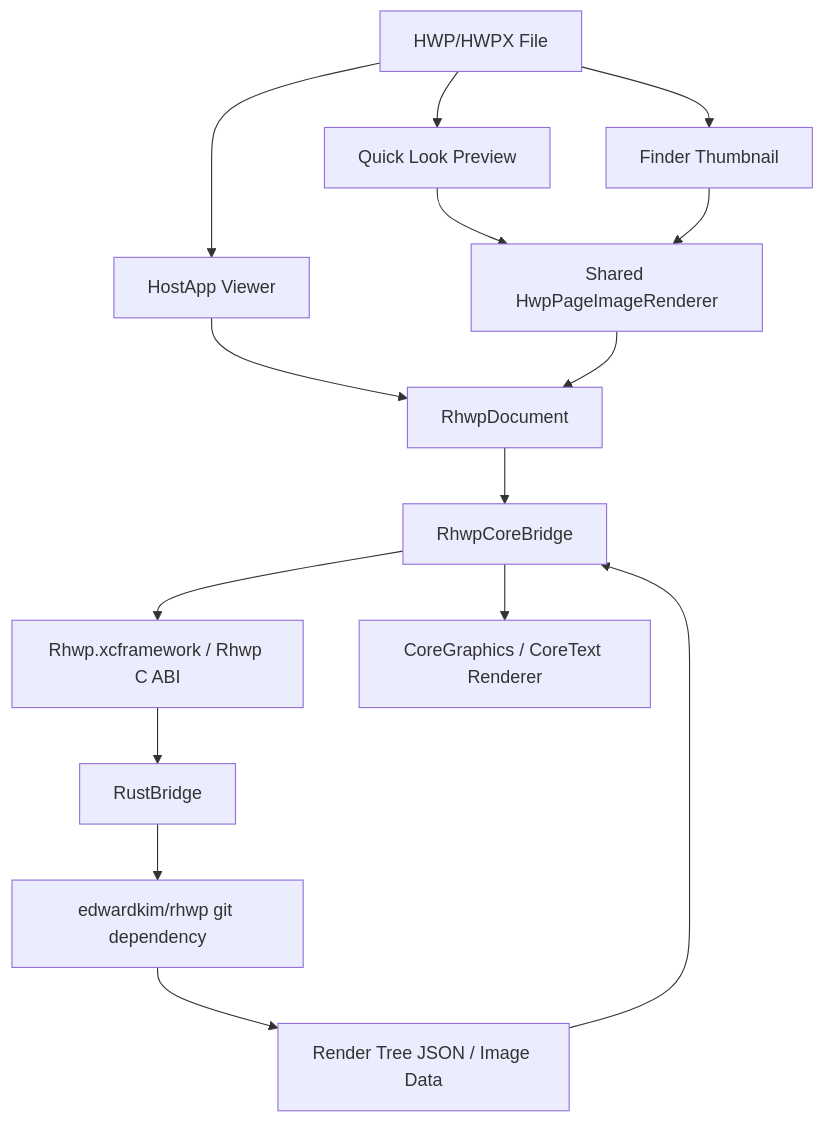
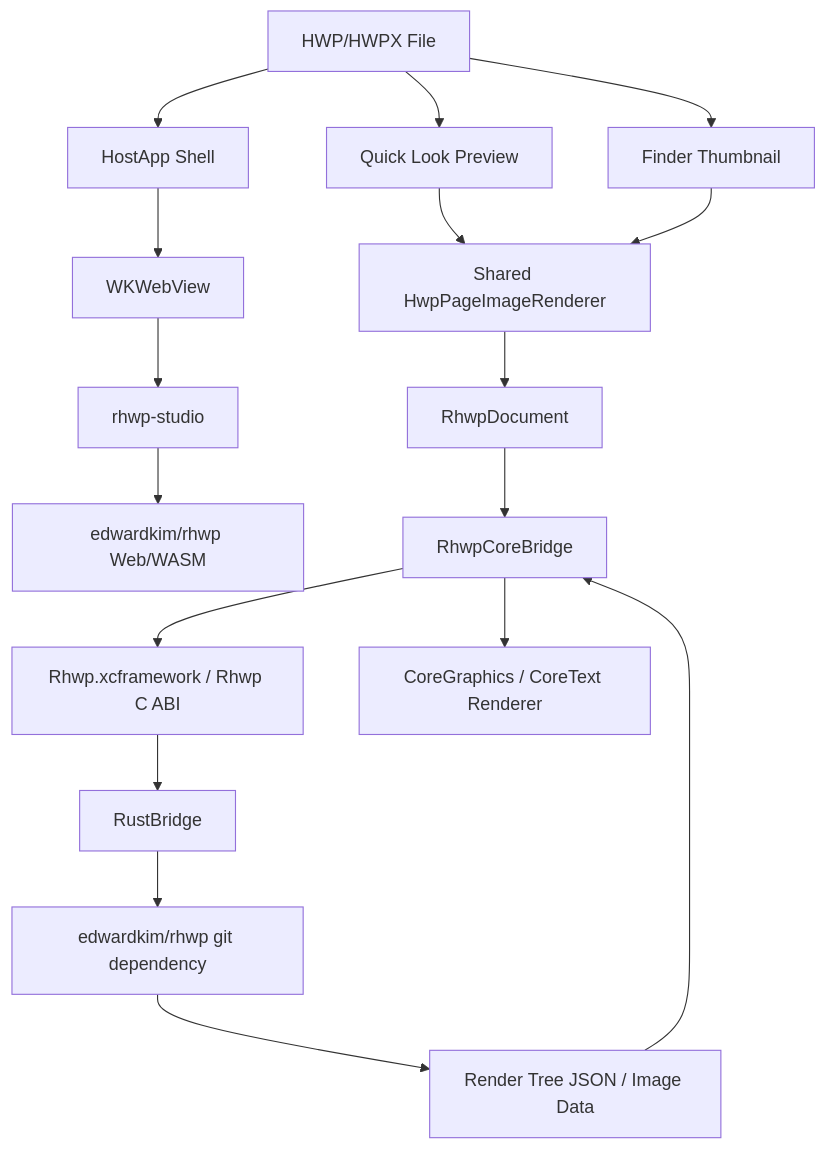
One commit to postmelee/alhangeul-macos changed the diagram in README.md. Above: the diagram before and after it, drawn with Mermaid. The commit also changed other lines of this file and 9 other files, not shown here.

Commit message:
Task #134: WKWebView MVP 문서와 브랜치 정책 갱신

````diff
--- a/README.md
+++ b/README.md
@@ -407,17 +406,19 @@
 ```mermaid
 graph TB
-    HWP[HWP/HWPX File] --> HostApp[HostApp Viewer]
+    HWP[HWP/HWPX File] --> HostApp[HostApp Shell]
     HWP --> Preview[Quick Look Preview]
     HWP --> Thumbnail[Finder Thumbnail]
+    HostApp --> WebView[WKWebView]
+    WebView --> Studio[rhwp-studio]
+    Studio --> WebCore[edwardkim/rhwp Web/WASM]
     Preview --> Shared[Shared HwpPageImageRenderer]
     Thumbnail --> Shared
-    HostApp --> Doc[RhwpDocument]
-    Shared --> Doc
+    Shared --> Doc[RhwpDocument]
     Doc --> Bridge[RhwpCoreBridge]
     Bridge --> XC[Rhwp.xcframework / Rhwp C ABI]
     XC --> RustBridge[RustBridge]
     RustBridge --> Core[edwardkim/rhwp git dependency]
     Core --> Data[Render Tree JSON / Image Data]
     Data --> Bridge
     Bridge --> CG[CoreGraphics / CoreText Renderer]
 ```
````
